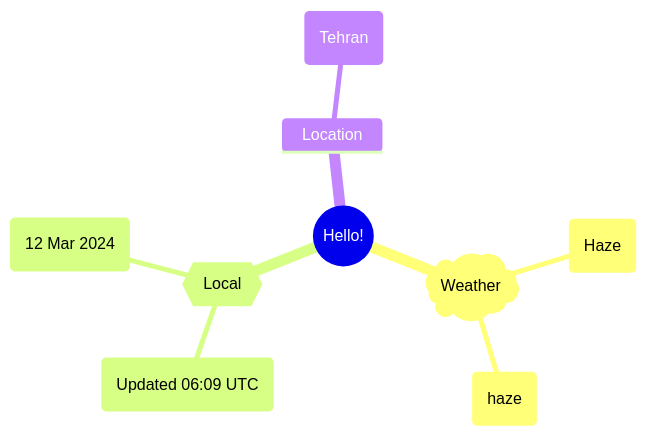
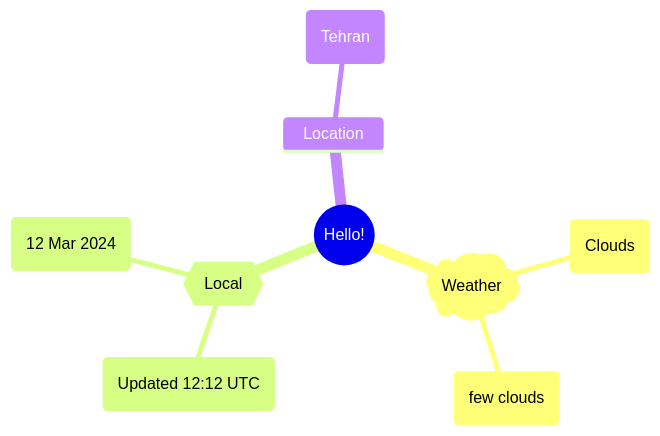
One commit to Xosrov/Xosrov changed the first of 2 diagrams in README.md. Above: the diagram before and after it, drawn with Mermaid.

Commit message:
[bot] updated images

````diff
--- a/README.md
+++ b/README.md
@@ -3,12 +3,12 @@
 ```mermaid
 mindmap
   root((Hello!))
     )Weather(
-        (Haze)
-        (haze)
+        (Clouds)
+        (few clouds)
     {{Local}}
-        (Updated 06:09 UTC)
+        (Updated 12:12 UTC)
         (12 Mar 2024)
     Location
         (Tehran)
 ```
````
